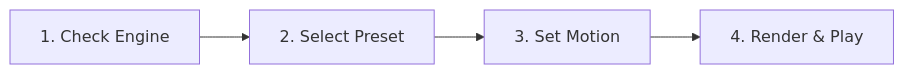
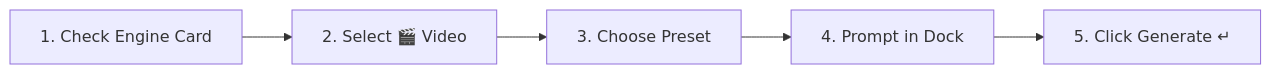
Before and after one commit to spelech/LocalLLMServerManager: the diagram in docs/studio/video-generation.md, drawn with Mermaid. The commit also changed other lines of this file and 67 other files, not shown here.

First line of the commit message:
feat(ui): Fluid Studio Canvas, Creative Prompt Dock, Interactive Engine Cards, and Docked Copilot (#91)

````diff
--- a/docs/studio/video-generation.md
+++ b/docs/studio/video-generation.md
@@ -61,6 +61,7 @@
 ```mermaid
 flowchart LR
-    E["1. Check Engine"] --> P["2. Select Preset"]
-    P --> M["3. Set Motion"]
-    M --> R["4. Render & Play"]
+    E["1. Check Engine Card"] --> M["2. Select 🎬 Video"]
+    M --> P["3. Choose Preset"]
+    P --> D["4. Prompt in Dock"]
+    D --> G["5. Click Generate ↵"]
 ```
````
